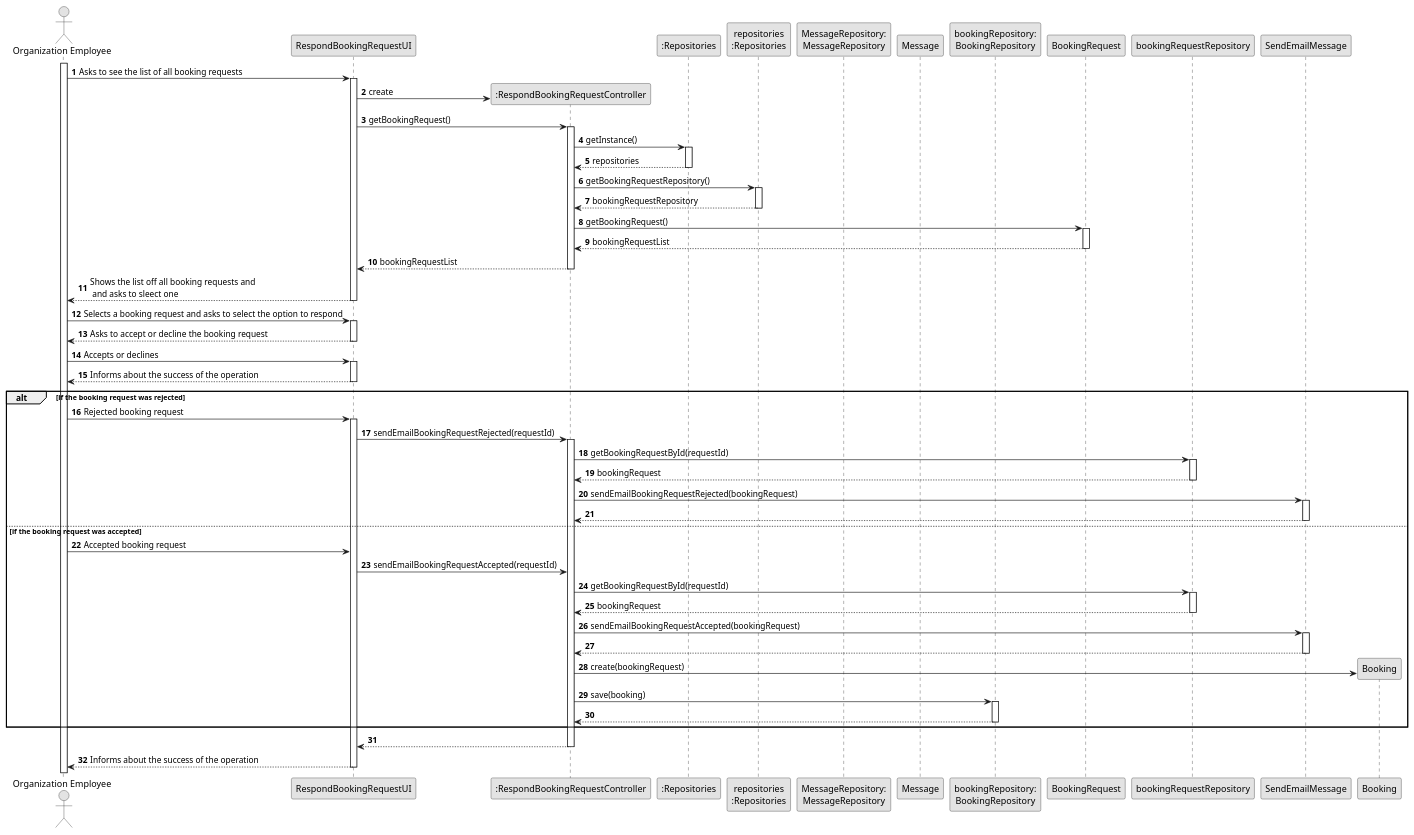
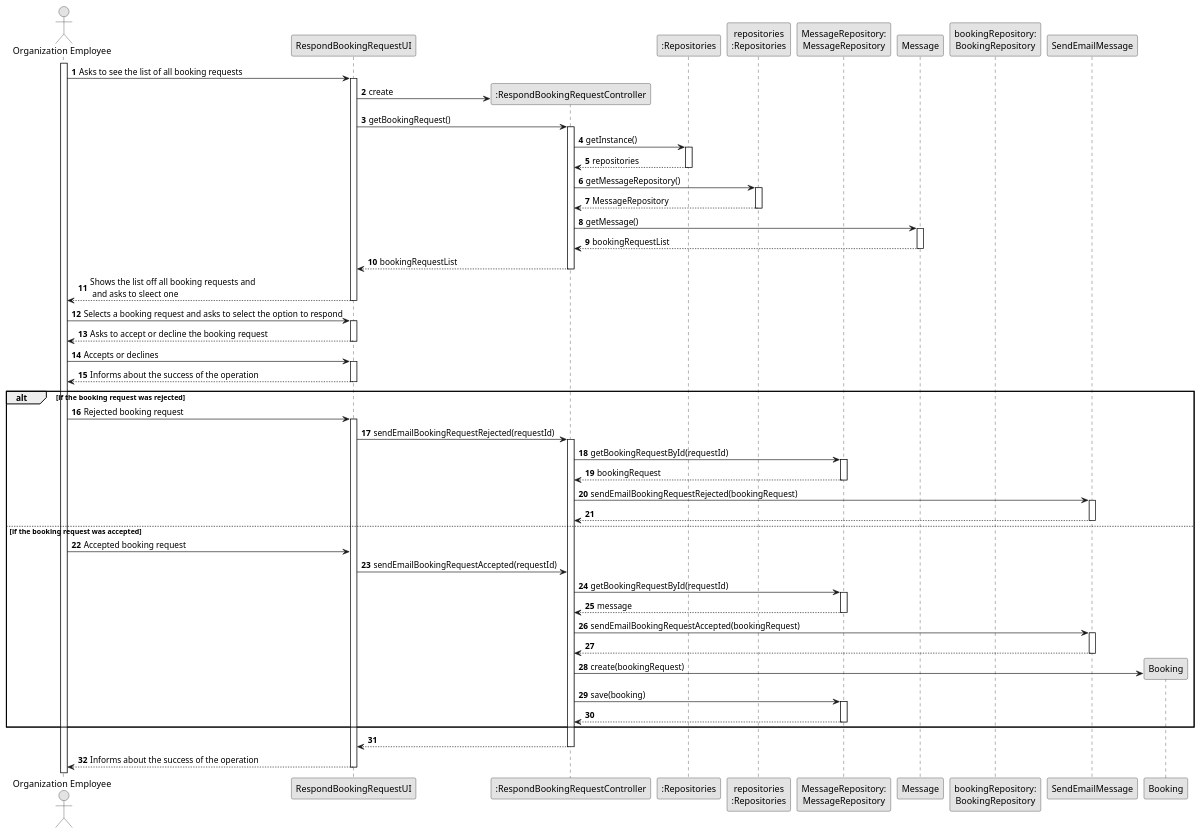
One commit to 1220812/LAPR2 changed the diagram in docs/sprintD/us016/03.design/puml/us016-sequence-diagram-full.puml. Above: the diagram before and after it, drawn with PlantUML. The commit also changed 4 other files, not shown here.

```diff
--- a/docs/sprintD/us016/03.design/puml/us016-sequence-diagram-full.puml
+++ b/docs/sprintD/us016/03.design/puml/us016-sequence-diagram-full.puml
@@ -1,154 +1,151 @@
 @startuml
 skinparam monochrome true
 skinparam packageStyle rectangle
 skinparam shadowing false
 
 autonumber
 
 'hide footbox
 actor "Organization Employee" as ADM
 participant "RespondBookingRequestUI" as UI
 participant ":RespondBookingRequestController" as CTRL
 participant ":Repositories" as RepositorySingleton
 participant "repositories\n:Repositories" as PLAT
 participant "MessageRepository:\nMessageRepository" as MessageRepository
 participant "Message" as Message
 participant "bookingRepository:\nBookingRepository" as BookingRepository
 
 activate ADM
 
         ADM -> UI : Asks to see the list of all booking requests
 
         activate UI
 
 '            UI --> ADM : requests data (reference, description,  informal \n description, technical description, duration, cost)
             'create CTRL
             UI -> CTRL** : create
 
             UI -> CTRL : getBookingRequest()
             activate CTRL
 
                 CTRL -> RepositorySingleton : getInstance()
                 activate RepositorySingleton
 
                     RepositorySingleton --> CTRL: repositories
                 deactivate RepositorySingleton
 
-                CTRL -> PLAT : getBookingRequestRepository()
+                CTRL -> PLAT : getMessageRepository()
                 activate PLAT
 
-                    PLAT --> CTRL: bookingRequestRepository
+                    PLAT --> CTRL: MessageRepository
                 deactivate PLAT
 
-                CTRL -> BookingRequest : getBookingRequest()
-                activate BookingRequest
+                CTRL -> Message : getMessage()
+                activate Message
 
-                   BookingRequest --> CTRL : bookingRequestList
-                deactivate BookingRequest
+                   Message --> CTRL : bookingRequestList
+                deactivate Message
 
                 CTRL --> UI : bookingRequestList
             deactivate CTRL
 
             UI --> ADM : Shows the list off all booking requests and \n and asks to sleect one
         deactivate UI
 
     ADM -> UI : Selects a booking request and asks to select the option to respond
     activate UI
 
         UI --> ADM : Asks to accept or decline the booking request
     deactivate UI
 
     ADM -> UI : Accepts or declines
     activate UI
 
     UI --> ADM : Informs about the success of the operation
 
     deactivate UI
 
     alt if the booking request was rejected
 
 
 
 
    ADM -> UI : Rejected booking request
 
    activate UI
 
    UI -> CTRL : sendEmailBookingRequestRejected(requestId)
 
 
 
    activate CTRL
 
-   CTRL -> bookingRequestRepository: getBookingRequestById(requestId)
+   CTRL -> MessageRepository: getBookingRequestById(requestId)
 
-   activate bookingRequestRepository
+   activate MessageRepository
 
-   bookingRequestRepository --> CTRL : bookingRequest
+   MessageRepository --> CTRL : bookingRequest
 
-   deactivate bookingRequestRepository
+   deactivate MessageRepository
 
 
    CTRL -> SendEmailMessage : sendEmailBookingRequestRejected(bookingRequest)
 
 
    activate SendEmailMessage
 
    SendEmailMessage --> CTRL :
 
 
 
    deactivate SendEmailMessage
 
     else if the booking request was accepted
 
     ADM -> UI : Accepted booking request
 
 
 
        UI -> CTRL : sendEmailBookingRequestAccepted(requestId)
 
-      CTRL -> bookingRequestRepository: getBookingRequestById(requestId)
+      CTRL -> MessageRepository: getBookingRequestById(requestId)
 
-       activate bookingRequestRepository
+       activate MessageRepository
 
-       bookingRequestRepository --> CTRL : bookingRequest
+       MessageRepository --> CTRL : message
 
-       deactivate bookingRequestRepository
-
-
-
+       deactivate MessageRepository
 
 
     CTRL -> SendEmailMessage : sendEmailBookingRequestAccepted(bookingRequest)
 
     activate SendEmailMessage
 
     SendEmailMessage --> CTRL :
 
     deactivate SendEmailMessage
 
     CTRL -> Booking** : create(bookingRequest)
 
-    CTRL -> BookingRepository : save(booking)
+    CTRL -> MessageRepository : save(booking)
 
-    activate BookingRepository
+    activate MessageRepository
 
-    BookingRepository --> CTRL :
+    MessageRepository --> CTRL :
 
-    deactivate BookingRepository
+    deactivate MessageRepository
 
 
 
     end
 
     CTRL --> UI:
 
     deactivate CTRL
 
     UI --> ADM : Informs about the success of the operation
 
     deactivate UI
 
 
 @enduml
```
